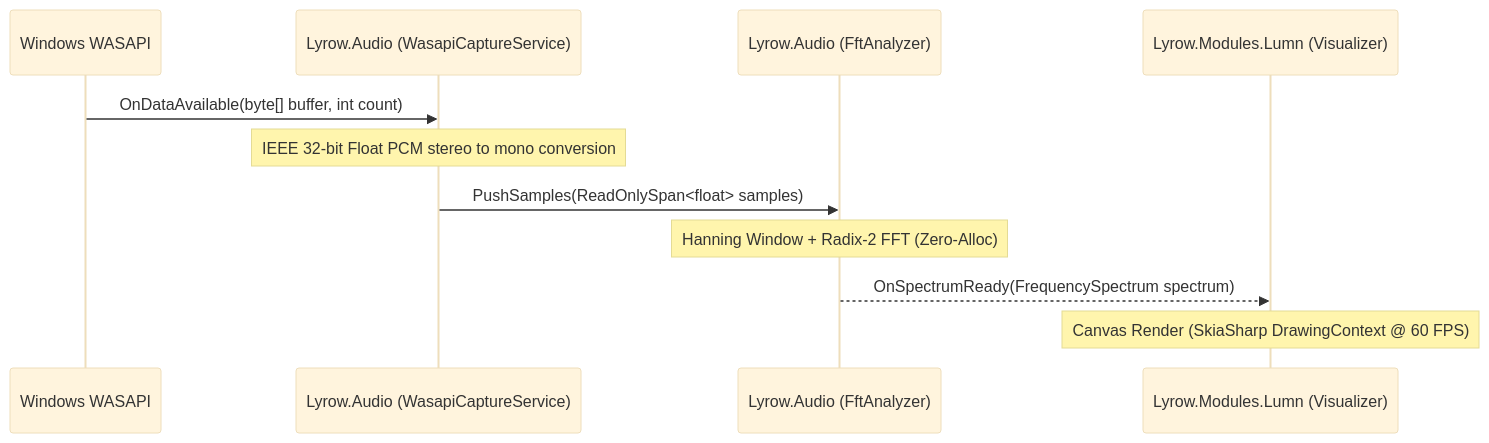
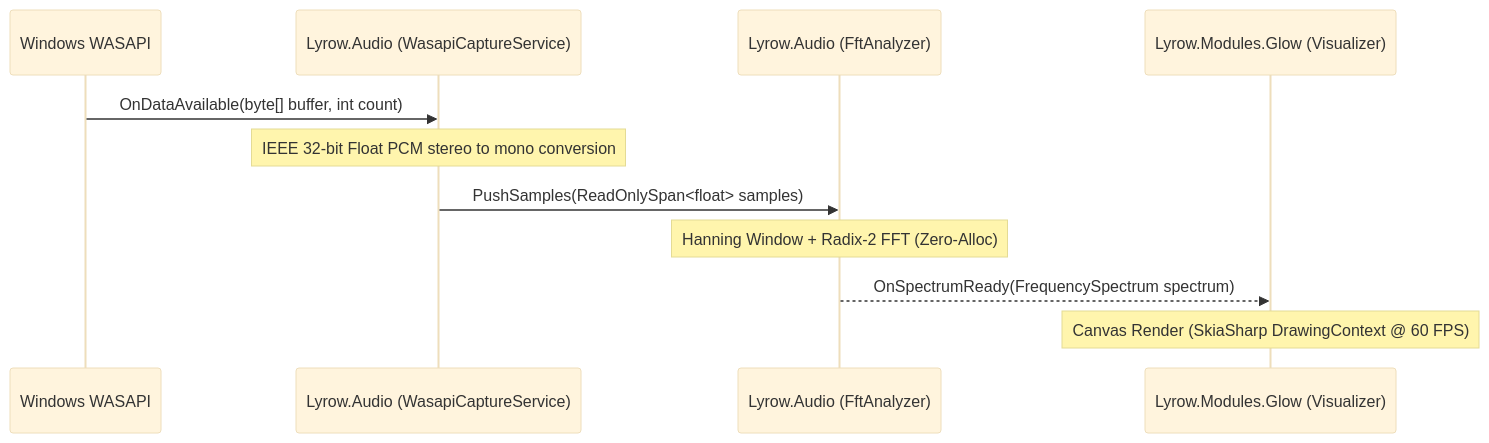
Before and after one commit to owergungor/Lyrow: the second of 3 diagrams in docs/ARCHITECTURE.md, drawn with Mermaid (base theme). The commit also changed other lines of this file and 59 other files, not shown here.

````diff
--- a/docs/ARCHITECTURE.md
+++ b/docs/ARCHITECTURE.md
@@ -131,14 +131,14 @@
 ```mermaid
 sequenceDiagram
     participant OS as Windows WASAPI
     participant Cap as Lyrow.Audio (WasapiCaptureService)
     participant FFT as Lyrow.Audio (FftAnalyzer)
-    participant Lumn as Lyrow.Modules.Lumn (Visualizer)
+    participant Glow as Lyrow.Modules.Glow (Visualizer)
 
     OS->>Cap: OnDataAvailable(byte[] buffer, int count)
     Note over Cap: IEEE 32-bit Float PCM stereo to mono conversion
     Cap->>FFT: PushSamples(ReadOnlySpan<float> samples)
     Note over FFT: Hanning Window + Radix-2 FFT (Zero-Alloc)
-    FFT-->>Lumn: OnSpectrumReady(FrequencySpectrum spectrum)
-    Note over Lumn: Canvas Render (SkiaSharp DrawingContext @ 60 FPS)
+    FFT-->>Glow: OnSpectrumReady(FrequencySpectrum spectrum)
+    Note over Glow: Canvas Render (SkiaSharp DrawingContext @ 60 FPS)
 ```
````
